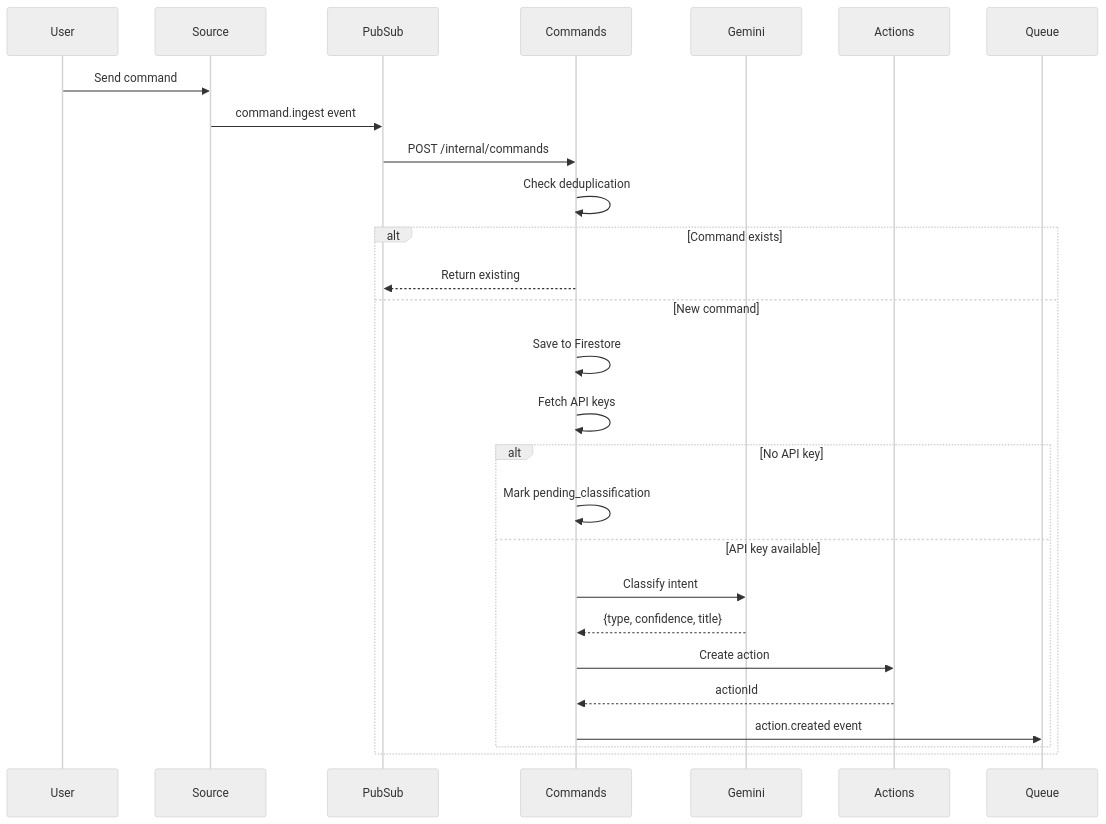
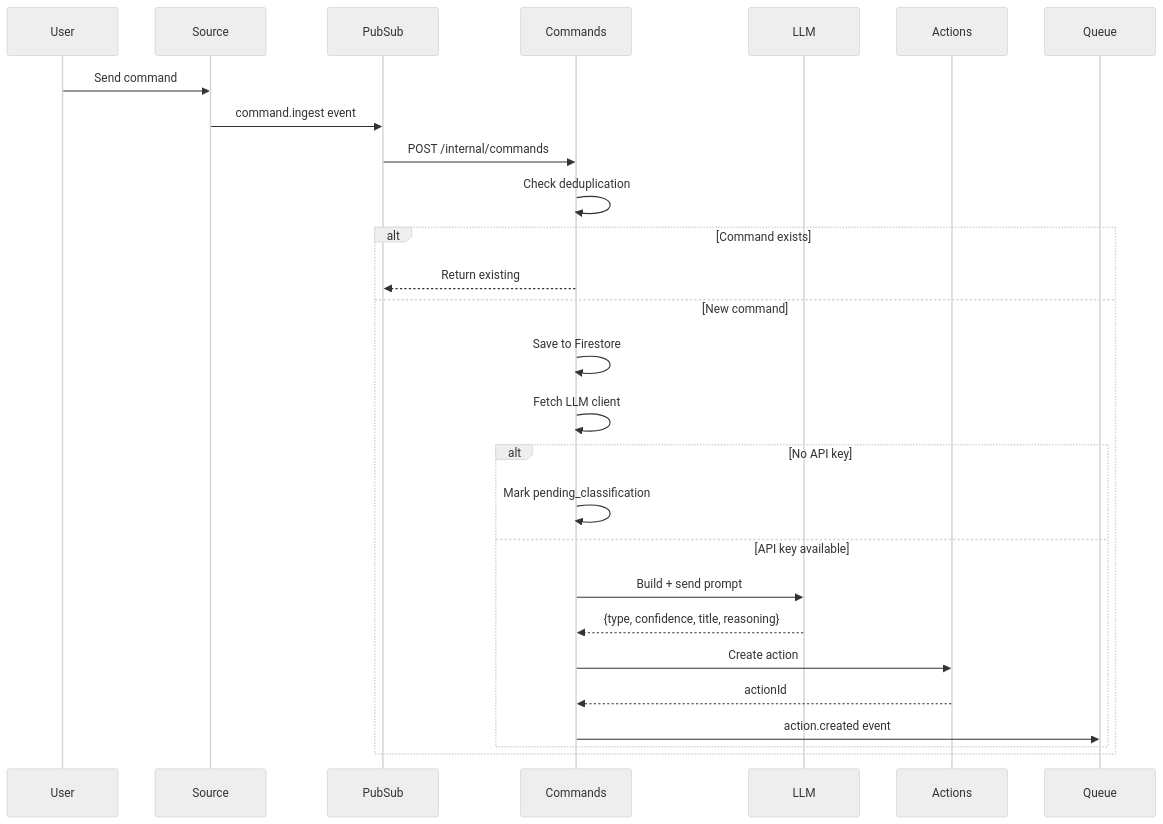
The second of 2 diagrams in docs/services/commands-agent/technical.md (pbuchman/praxos), drawn with Mermaid (neutral theme) before and after one commit. The commit also changed other lines of this file and 55 other files, not shown here.

````diff
--- a/docs/services/commands-agent/technical.md
+++ b/docs/services/commands-agent/technical.md
@@ -52,31 +122,31 @@
 ```mermaid
 sequenceDiagram
     participant User
     participant Source
     participant PubSub
     participant Commands
-    participant Gemini
+    participant LLM
     participant Actions
     participant Queue
 
     User->>Source: Send command
     Source->>PubSub: command.ingest event
     PubSub->>Commands: POST /internal/commands
 
     Commands->>Commands: Check deduplication
     alt Command exists
         Commands-->>PubSub: Return existing
     else New command
         Commands->>Commands: Save to Firestore
-        Commands->>Commands: Fetch API keys
+        Commands->>Commands: Fetch LLM client
         alt No API key
             Commands->>Commands: Mark pending_classification
         else API key available
-            Commands->>Gemini: Classify intent
-            Gemini-->>Commands: {type, confidence, title}
+            Commands->>LLM: Build + send prompt
+            LLM-->>Commands: {type, confidence, title, reasoning}
             Commands->>Actions: Create action
             Actions-->>Commands: actionId
             Commands->>Queue: action.created event
         end
     end
 ```
````
